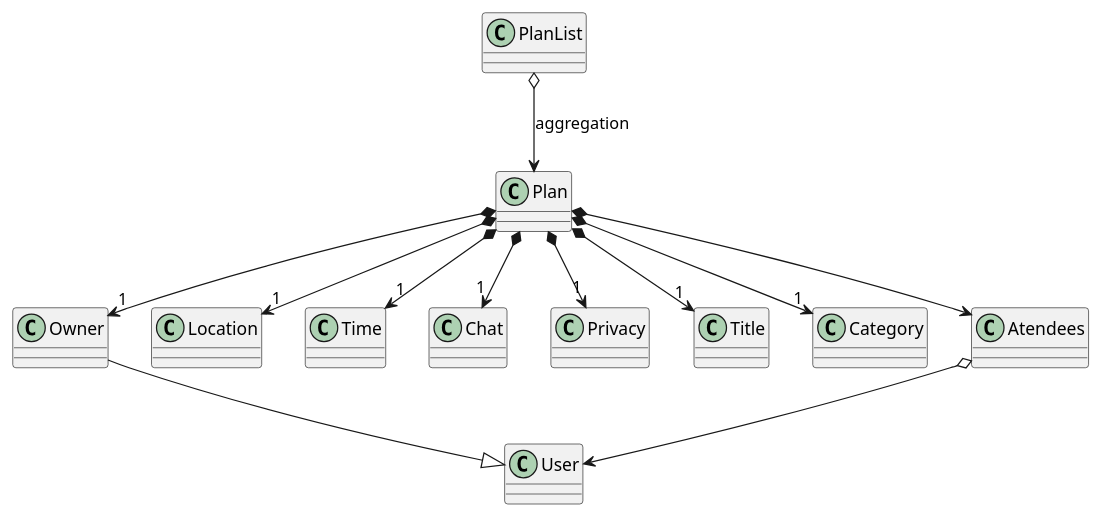
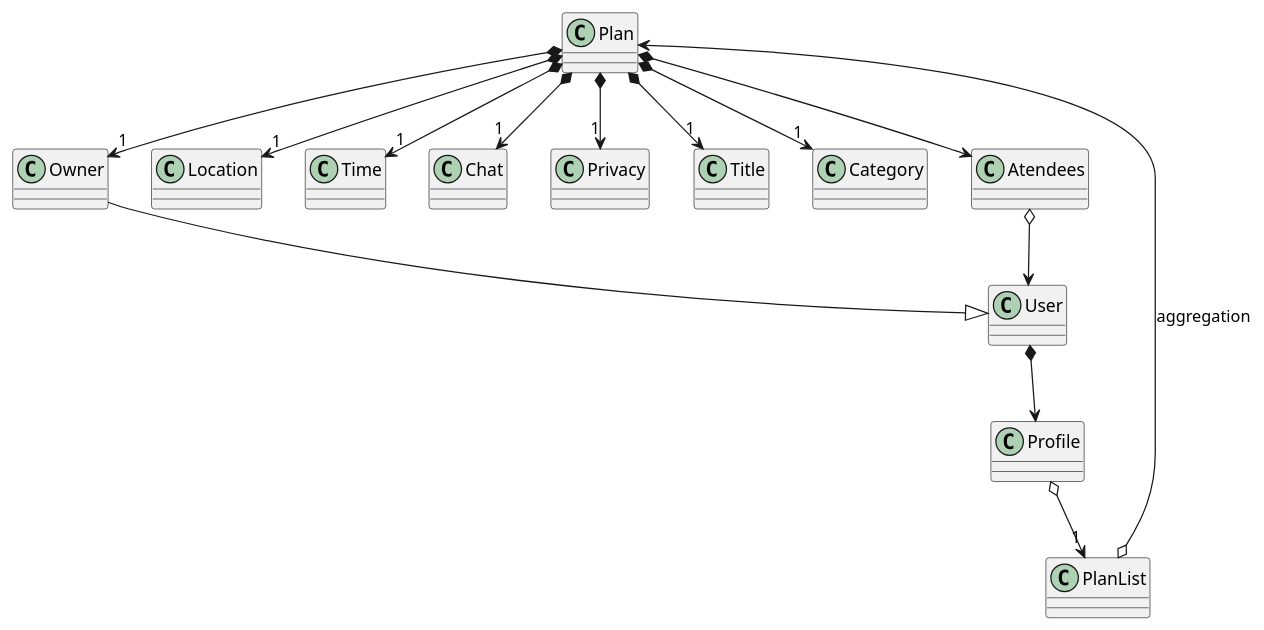
One commit to colasin16/pop-up-plan changed the diagram in docs/domain-model.puml. Above: the diagram before and after it, drawn with PlantUML. The commit also changed 6 other files, not shown here.

Commit message:
chore: added user profile screen (#6)

```diff
--- a/docs/domain-model.puml
+++ b/docs/domain-model.puml
@@ -1,20 +1,24 @@
 @startuml
 
 class Plan
 class User
+class Profile
 
 PlanList o--> Plan : aggregation
 
 Owner --|> User
 Plan *--> "1" Owner
 Plan *--> "1" Location
 Plan *--> "1" Time
 Plan *--> "1" Chat
 Plan *--> "1" Privacy
 Plan *--> "1" Title
 Plan *--> "1" Category
 Plan *--> Atendees
 
 Atendees o--> User
+User *--> Profile
+Profile o--> "1" PlanList
+
 
 @enduml
```
